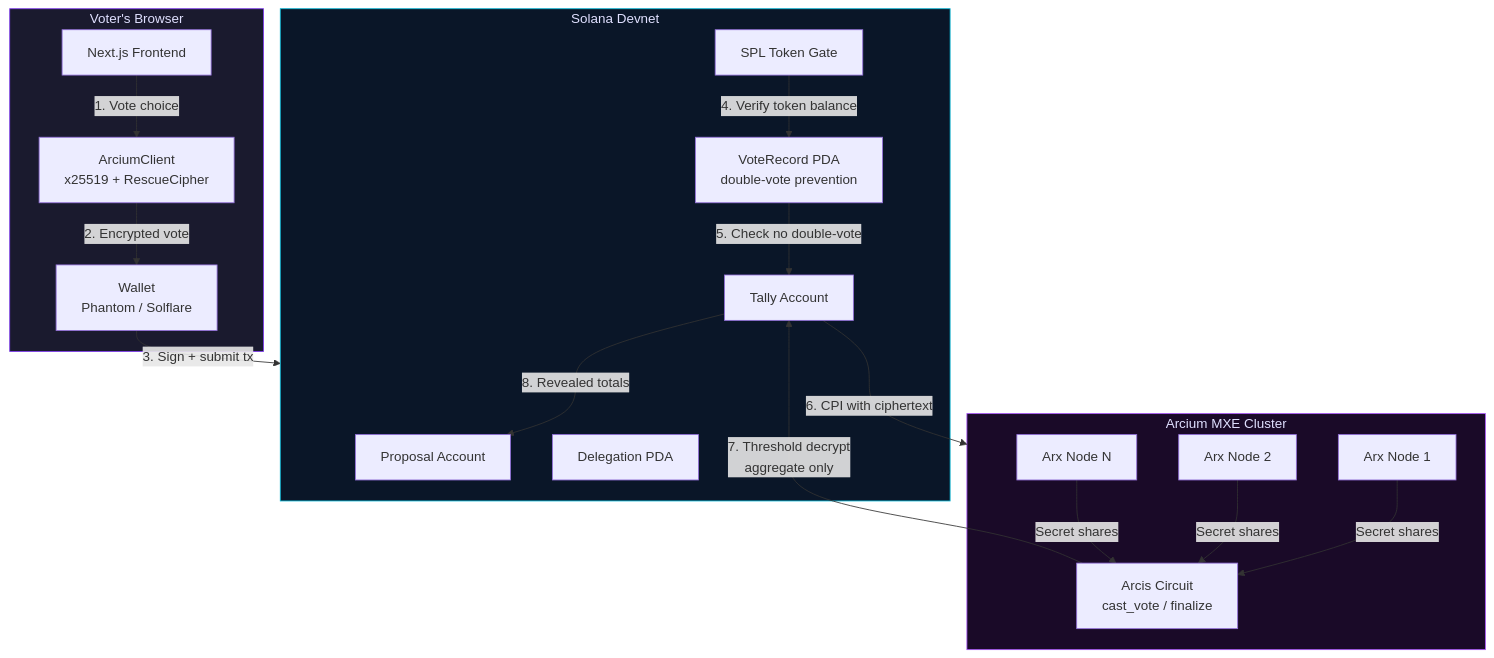
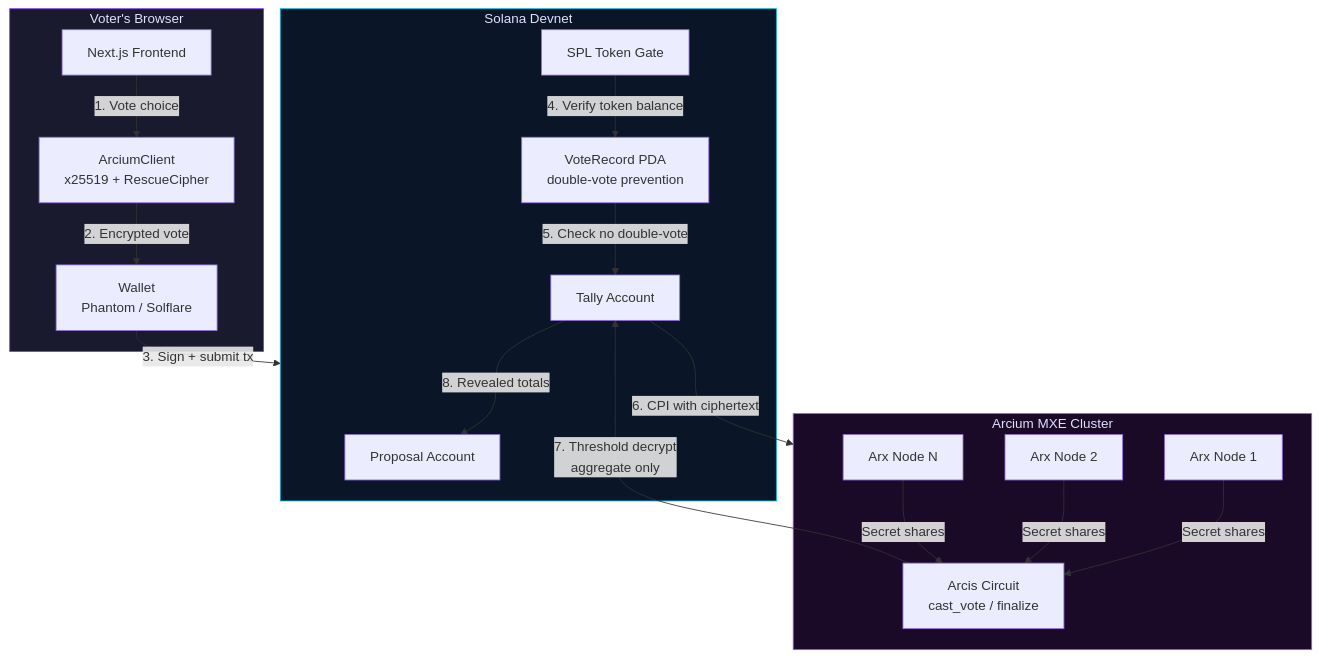
One commit to Ridwannurudeen/private-dao-voting changed the diagram in README.md. Above: the diagram before and after it, drawn with Mermaid. The commit also changed other lines of this file, not shown here.

````diff
--- a/README.md
+++ b/README.md
@@ -266,37 +218,36 @@
 ```mermaid
 flowchart TB
     subgraph Browser["Voter's Browser"]
         W[Wallet<br/>Phantom / Solflare]
         AC[ArciumClient<br/>x25519 + RescueCipher]
         UI[Next.js Frontend]
     end
 
     subgraph Solana["Solana Devnet"]
         P[Proposal Account]
         VR[VoteRecord PDA<br/>double-vote prevention]
         T[Tally Account]
-        D[Delegation PDA]
         TG[SPL Token Gate]
     end
 
     subgraph Arcium["Arcium MXE Cluster"]
         N1[Arx Node 1]
         N2[Arx Node 2]
         N3[Arx Node N]
         C[Arcis Circuit<br/>cast_vote / finalize]
     end
 
     UI -->|1. Vote choice| AC
     AC -->|2. Encrypted vote| W
     W -->|3. Sign + submit tx| Solana
     TG -->|4. Verify token balance| VR
     VR -->|5. Check no double-vote| T
     T -->|6. CPI with ciphertext| Arcium
     N1 & N2 & N3 -->|Secret shares| C
     C -->|7. Threshold decrypt<br/>aggregate only| T
     T -->|8. Revealed totals| P
 
     style Browser fill:#1a1a2e,stroke:#7c3aed,color:#e0e0ff
     style Solana fill:#0a1628,stroke:#06b6d4,color:#e0e0ff
     style Arcium fill:#1a0a28,stroke:#a855f7,color:#e0e0ff
 ```
````
